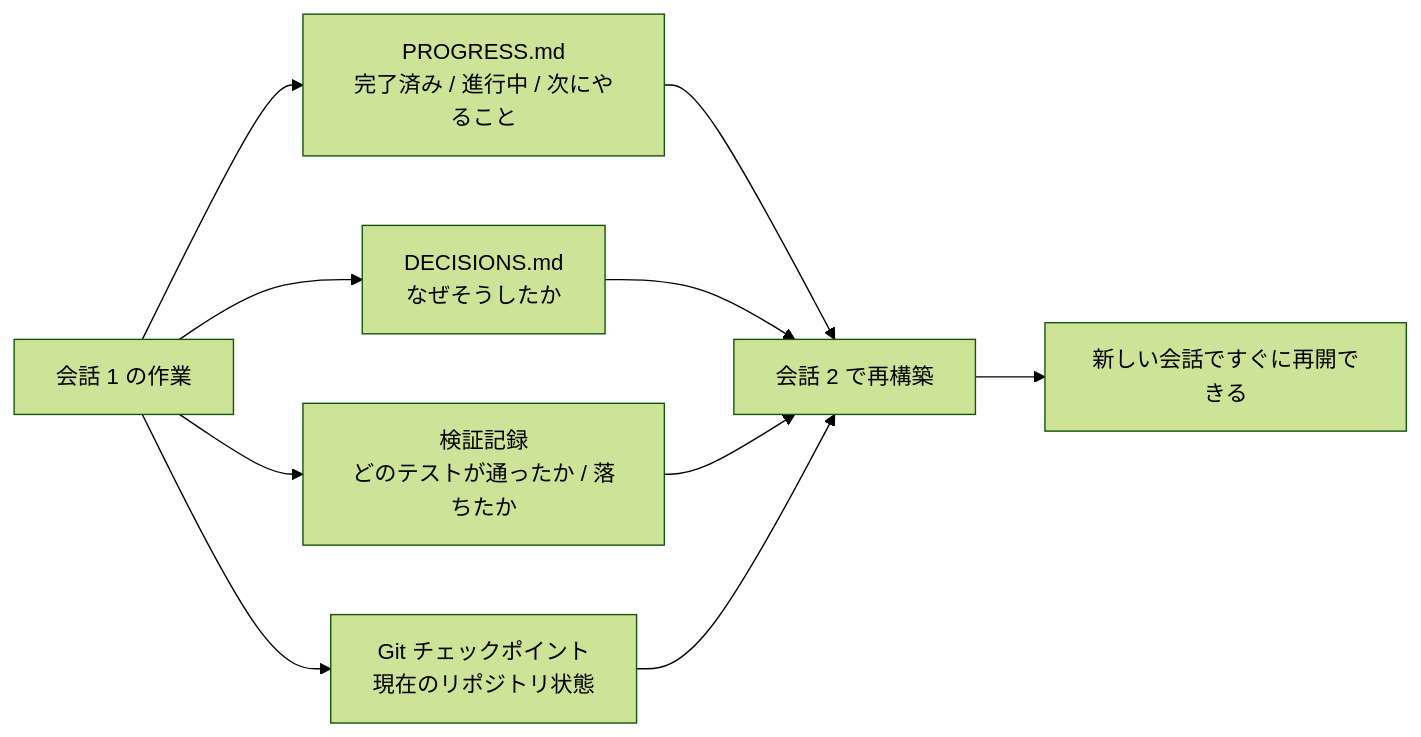
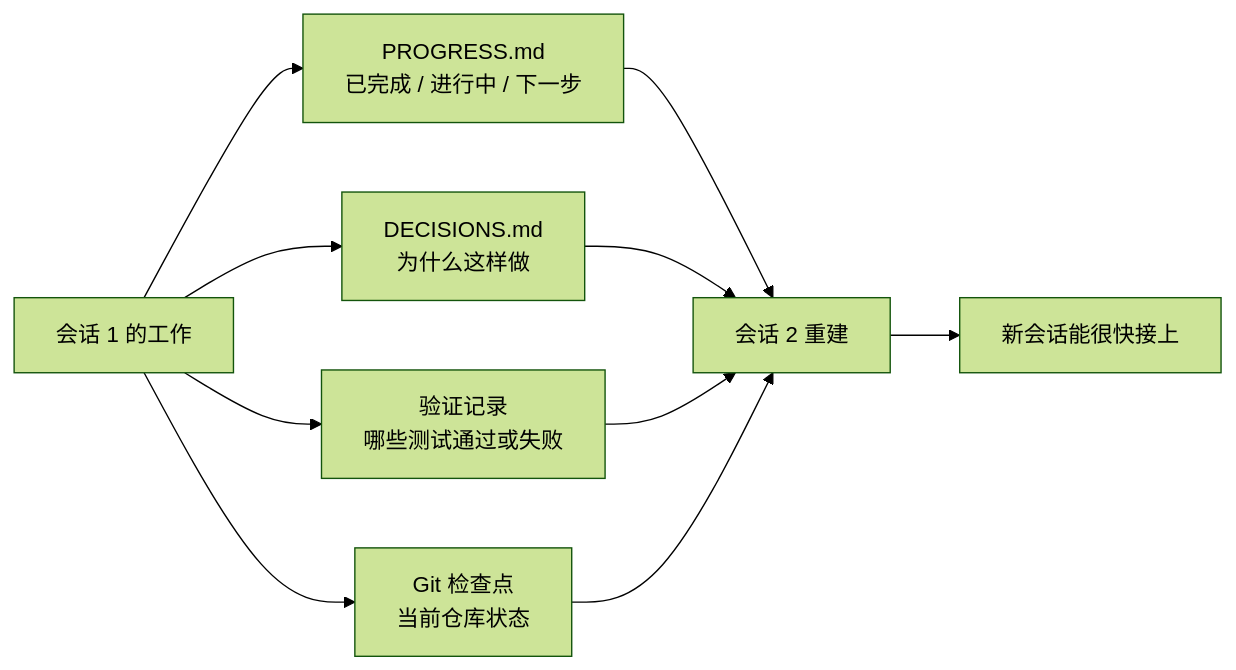
Before and after one commit to mkusaka/learn-harness-engineering: the second of 2 diagrams in docs/zh/lectures/lecture-05-why-long-running-tasks-lose-continuity/index.md, drawn with Mermaid (forest theme). The commit also changed other lines of this file and 684 other files, not shown here.

````diff
--- a/docs/zh/lectures/lecture-05-why-long-running-tasks-lose-continuity/index.md
+++ b/docs/zh/lectures/lecture-05-why-long-running-tasks-lose-continuity/index.md
@@ -36,14 +36,14 @@
 ```mermaid
 flowchart LR
-    Work["会話 1 の作業"] --> Progress["PROGRESS.md<br/>完了済み / 進行中 / 次にやること"]
-    Work --> Decisions["DECISIONS.md<br/>なぜそうしたか"]
-    Work --> Verify["検証記録<br/>どのテストが通ったか / 落ちたか"]
-    Work --> Commit["Git チェックポイント<br/>現在のリポジトリ状態"]
+    Work["会话 1 的工作"] --> Progress["PROGRESS.md<br/>已完成 / 进行中 / 下一步"]
+    Work --> Decisions["DECISIONS.md<br/>为什么这样做"]
+    Work --> Verify["验证记录<br/>哪些测试通过或失败"]
+    Work --> Commit["Git 检查点<br/>当前仓库状态"]
 
-    Progress --> Rebuild["会話 2 で再構築"]
+    Progress --> Rebuild["会话 2 重建"]
     Decisions --> Rebuild
     Verify --> Rebuild
     Commit --> Rebuild
 
-    Rebuild --> Resume["新しい会話ですぐに再開できる"]
+    Rebuild --> Resume["新会话能很快接上"]
 ```
````
